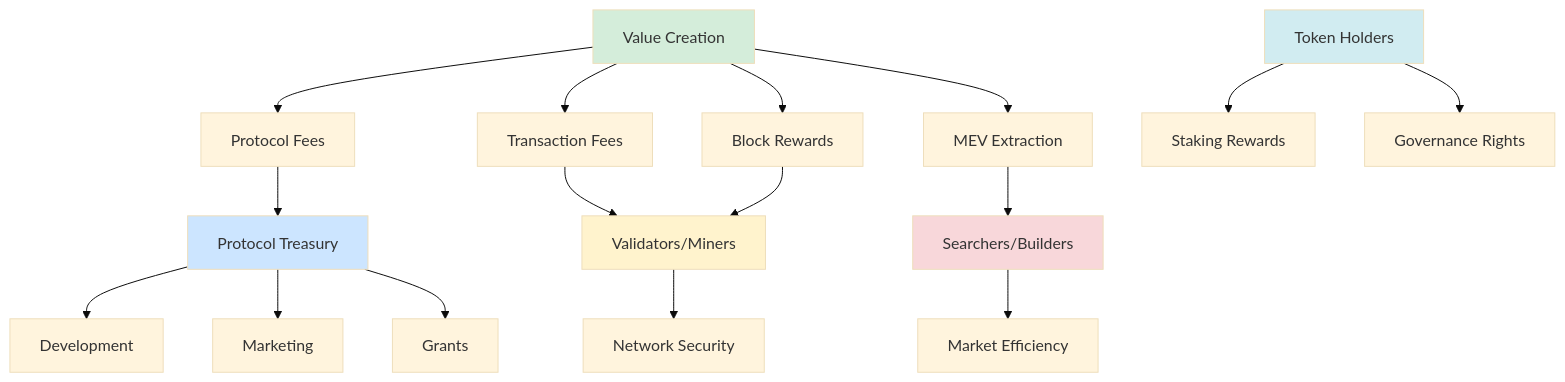
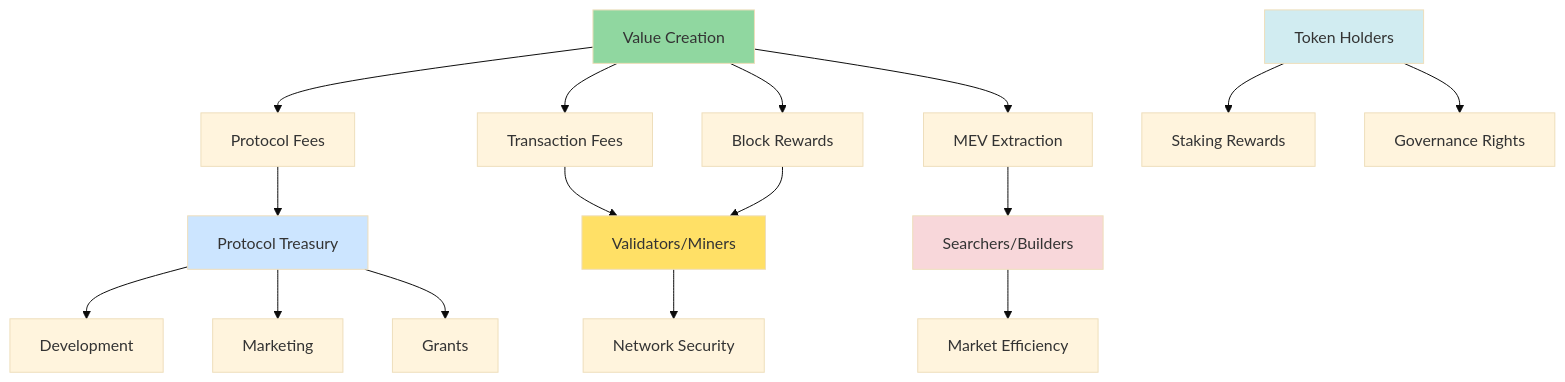
The seventh of 23 diagrams in Industry/Blockchain/Blockchain/ValueChain/QA_MistralAI.md (ljg-cqu/knowledge), drawn with Mermaid (base theme) before and after one commit. The commit also changed other lines of this file and 6 other files, not shown here.

````diff
--- a/Industry/Blockchain/Blockchain/ValueChain/QA_MistralAI.md
+++ b/Industry/Blockchain/Blockchain/ValueChain/QA_MistralAI.md
@@ -508,28 +508,28 @@
 ```mermaid
 graph TB
     A[Value Creation] --> B[Protocol Fees]
     A --> C[Transaction Fees]
     A --> D[Block Rewards]
     A --> E[MEV Extraction]
     
     B --> F[Protocol Treasury]
     C --> G[Validators/Miners]
     D --> G
     E --> H[Searchers/Builders]
     
     F --> I[Development]
     F --> J[Marketing]
     F --> K[Grants]
     
     G --> L[Network Security]
     H --> M[Market Efficiency]
     
     N[Token Holders] --> O[Staking Rewards]
     N --> P[Governance Rights]
     
-    style A fill:#d4edda
+    style A fill:#90d7a0
     style F fill:#cce5ff
-    style G fill:#fff3cd
+    style G fill:#ffe066
     style H fill:#f8d7da
     style N fill:#d1ecf1
 ```
````
